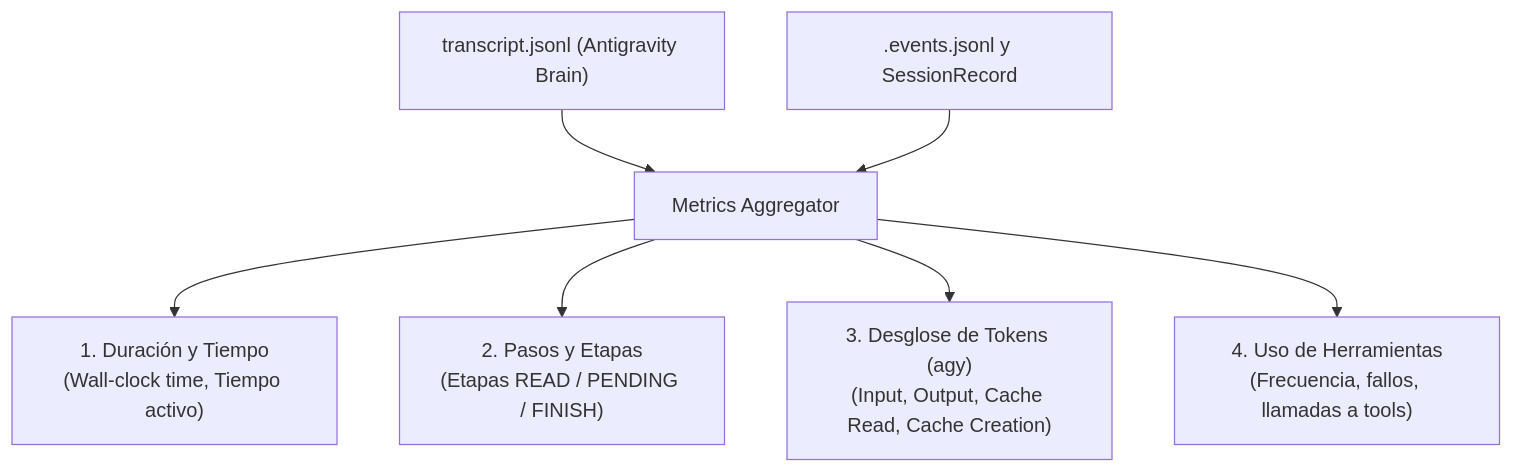
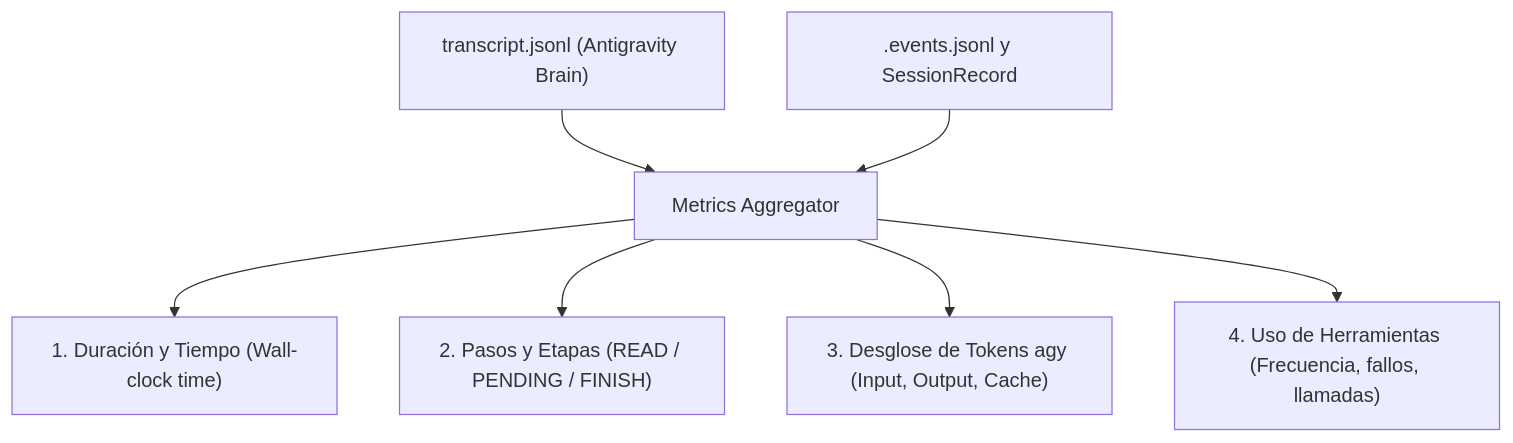
Before and after one commit to GountzJs/gountz-ia: the diagram in docs/architecture/metrics.md, drawn with Mermaid. The commit also changed 12 other files, not shown here.

````diff
--- a/docs/architecture/metrics.md
+++ b/docs/architecture/metrics.md
@@ -14,10 +14,10 @@
 ```mermaid
 flowchart TD
     AgyTranscript["transcript.jsonl (Antigravity Brain)"] --> Aggregator["Metrics Aggregator"]
     EventsFile[".events.jsonl y SessionRecord"] --> Aggregator
     
-    Aggregator --> D1["1. Duración y Tiempo<br/>(Wall-clock time, Tiempo activo)"]
-    Aggregator --> D2["2. Pasos y Etapas<br/>(Etapas READ / PENDING / FINISH)"]
-    Aggregator --> D3["3. Desglose de Tokens (agy)<br/>(Input, Output, Cache Read, Cache Creation)"]
-    Aggregator --> D4["4. Uso de Herramientas<br/>(Frecuencia, fallos, llamadas a tools)"]
+    Aggregator --> D1["1. Duración y Tiempo (Wall-clock time)"]
+    Aggregator --> D2["2. Pasos y Etapas (READ / PENDING / FINISH)"]
+    Aggregator --> D3["3. Desglose de Tokens agy (Input, Output, Cache)"]
+    Aggregator --> D4["4. Uso de Herramientas (Frecuencia, fallos, llamadas)"]
 ```
````
